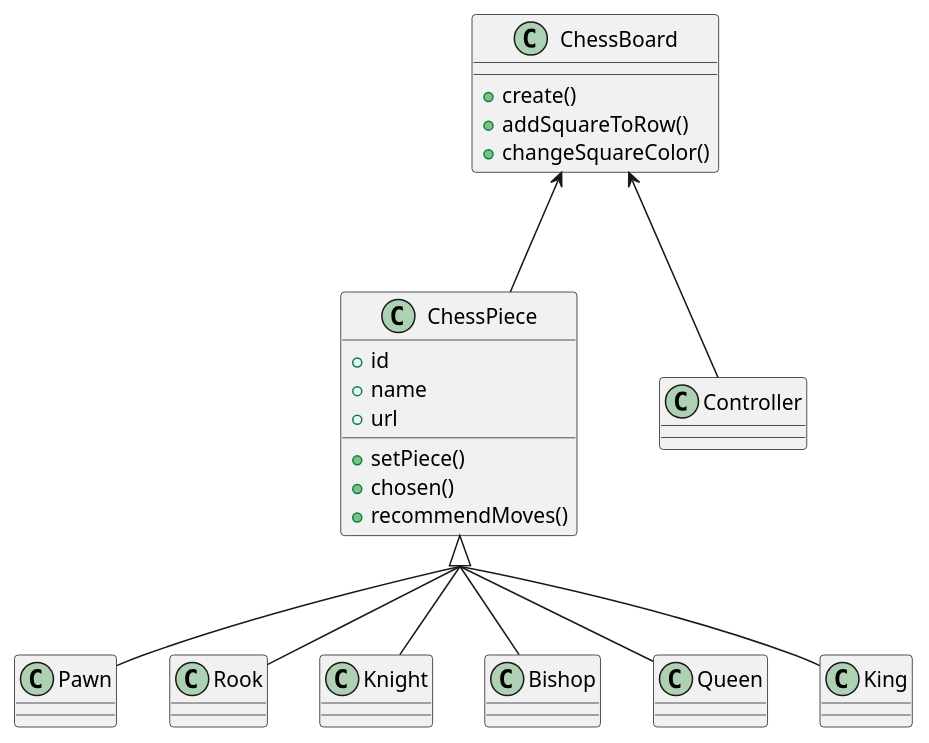
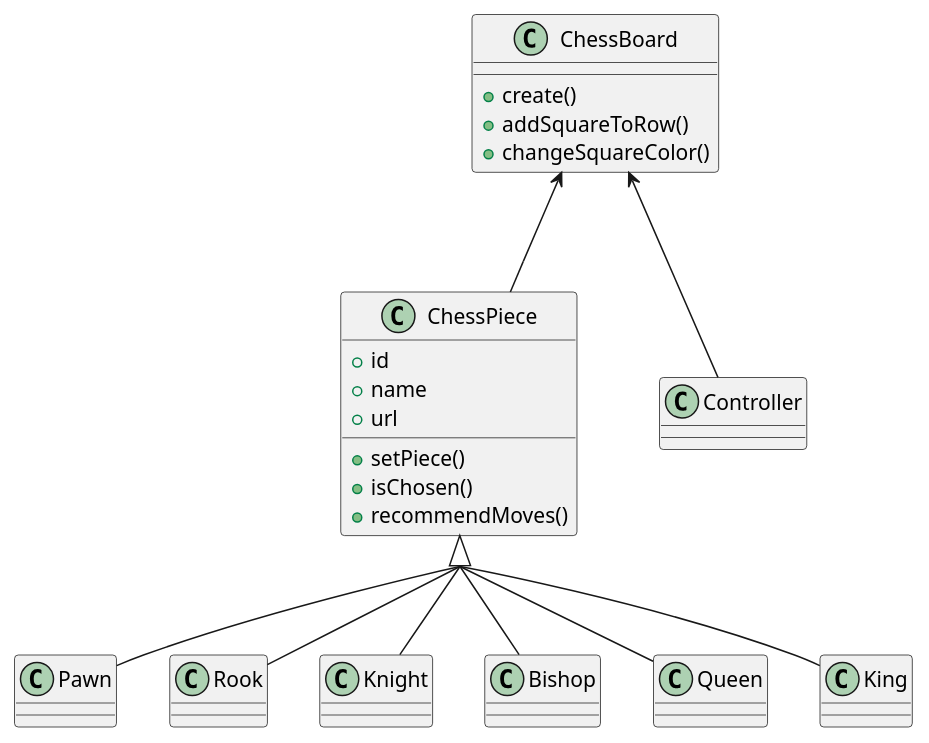
The diagram in UML/ClassDiagram.plantuml (BachDi/chess_game), drawn with PlantUML before and after one commit. The commit also changed 8 other files, not shown here.

Commit message:
update UML

```diff
--- a/UML/ClassDiagram.plantuml
+++ b/UML/ClassDiagram.plantuml
@@ -1,24 +1,24 @@
 @startuml ChessBoard
 skinparam groupInheritance 2
 class ChessBoard {
     + create()
     + addSquareToRow()
     + changeSquareColor()
 }
 ChessBoard <-- ChessPiece
 ChessBoard <-- Controller
 class ChessPiece {
     + id
     + name 
     + url 
     + setPiece() 
-    + chosen() 
+    + isChosen() 
     + recommendMoves() 
 }
 ChessPiece <|-- Pawn 
 ChessPiece <|-- Rook 
 ChessPiece <|-- Knight 
 ChessPiece <|-- Bishop 
 ChessPiece <|-- Queen  
 ChessPiece <|-- King 
 @enduml
```
